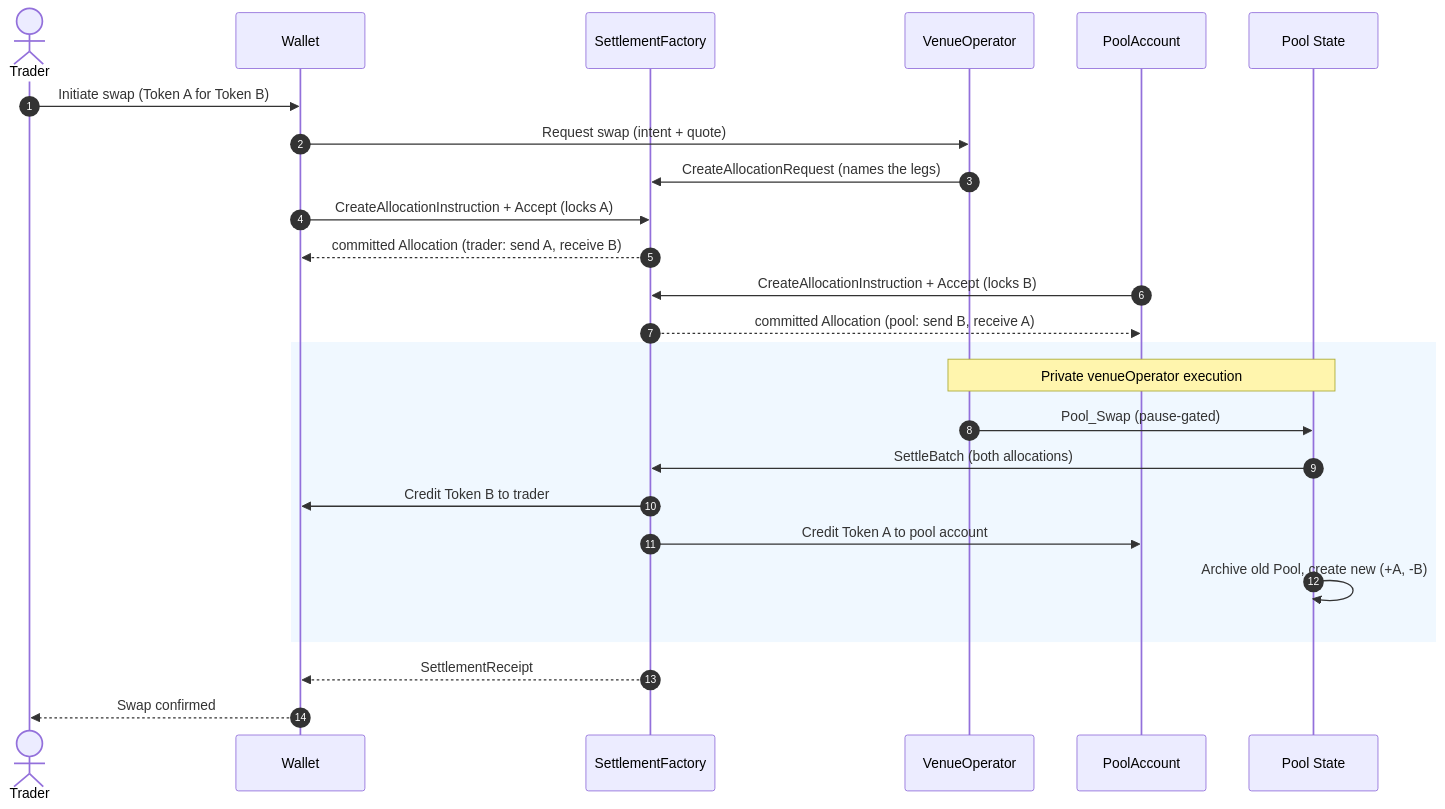
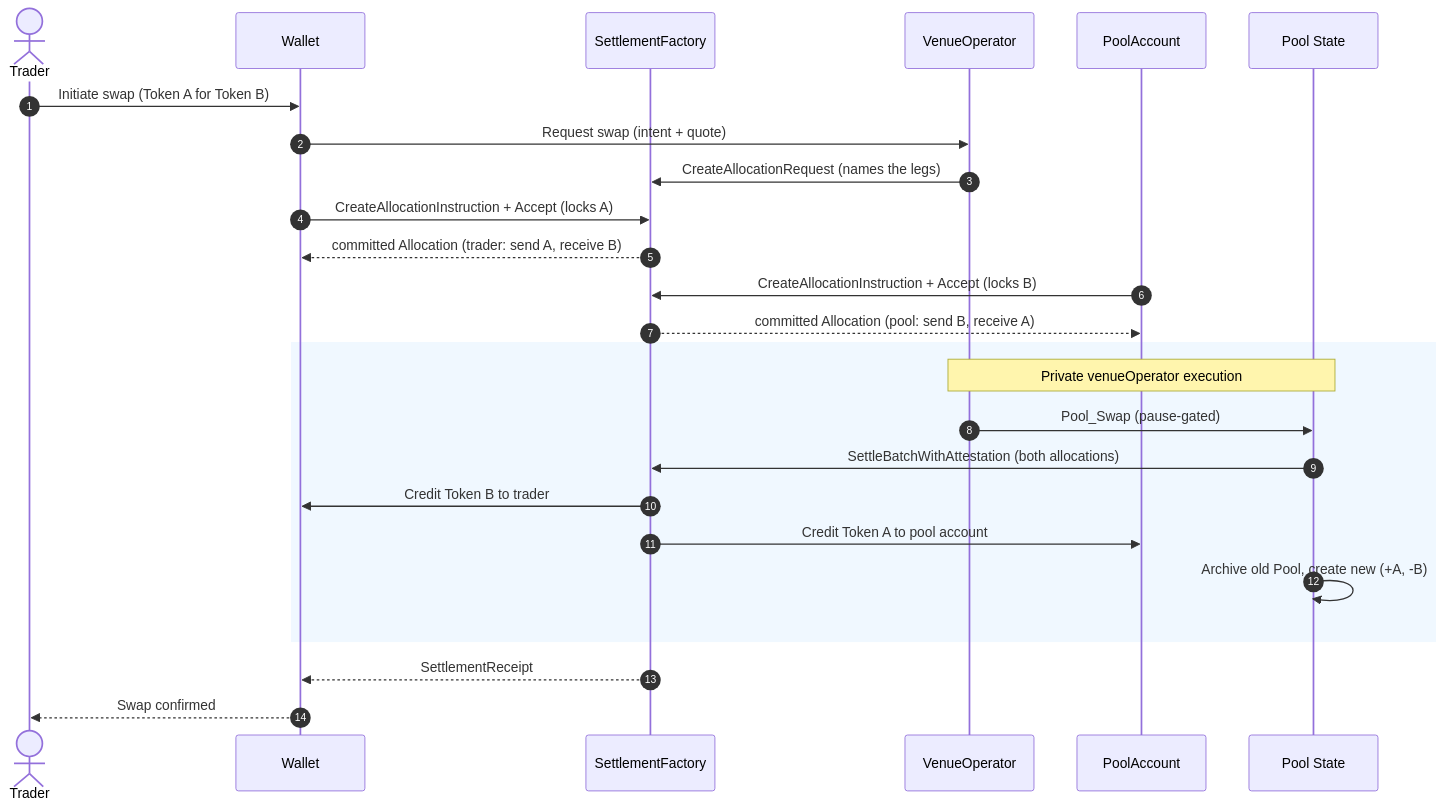
Before and after one commit to OpenZeppelin/canton-specs: the second of 2 diagrams in docs/ri-reports/01-dex.md, drawn with Mermaid. The commit also changed other lines of this file, not shown here.

Commit message:
Aligned the document around SettleBatchWithAttestation and removed any mention of d1ComplianceHook.

````diff
--- a/docs/ri-reports/01-dex.md
+++ b/docs/ri-reports/01-dex.md
@@ -551,30 +553,30 @@
 ```mermaid
 sequenceDiagram
     autonumber
     actor Trader
     participant Wallet
     participant SettleFactory as SettlementFactory
     participant VenueOperator
     participant PoolAccount
     participant PoolContract as Pool State
 
     Trader->>Wallet: Initiate swap (Token A for Token B)
     Wallet->>VenueOperator: Request swap (intent + quote)
     VenueOperator->>SettleFactory: CreateAllocationRequest (names the legs)
     Wallet->>SettleFactory: CreateAllocationInstruction + Accept (locks A)
     SettleFactory-->>Wallet: committed Allocation (trader: send A, receive B)
     PoolAccount->>SettleFactory: CreateAllocationInstruction + Accept (locks B)
     SettleFactory-->>PoolAccount: committed Allocation (pool: send B, receive A)
 
     rect rgb(240, 248, 255)
     Note over VenueOperator, PoolContract: Private venueOperator execution
     VenueOperator->>PoolContract: Pool_Swap (pause-gated)
-    PoolContract->>SettleFactory: SettleBatch (both allocations)
+    PoolContract->>SettleFactory: SettleBatchWithAttestation (both allocations)
     SettleFactory->>Wallet: Credit Token B to trader
     SettleFactory->>PoolAccount: Credit Token A to pool account
     PoolContract->>PoolContract: Archive old Pool, create new (+A, -B)
     end
 
     SettleFactory-->>Wallet: SettlementReceipt
     Wallet-->>Trader: Swap confirmed
 ```
````
